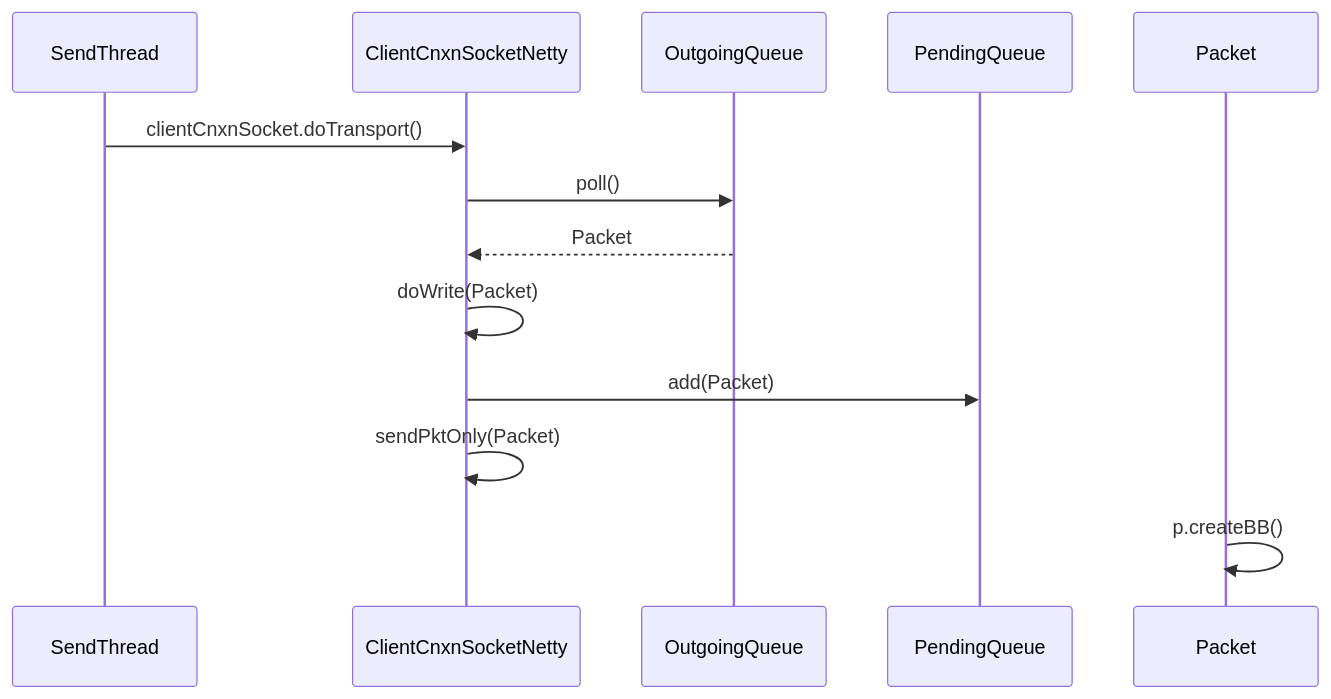
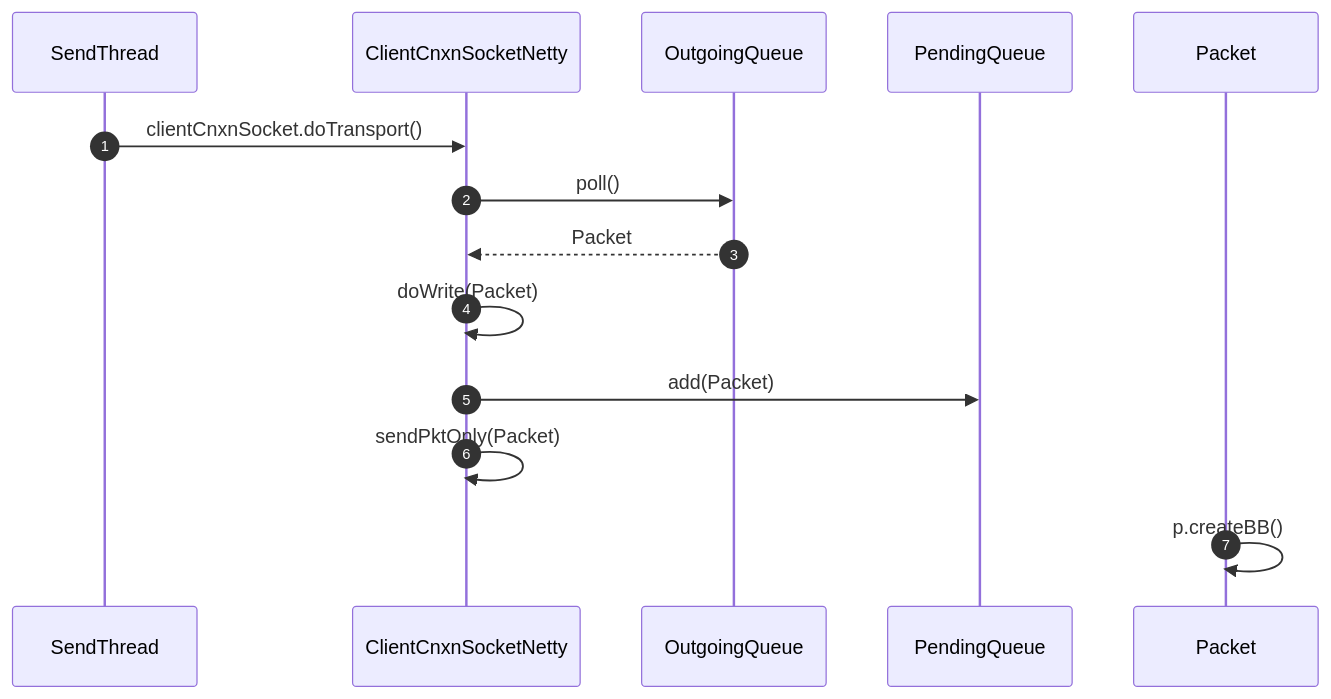
The fourth of 9 diagrams in work-2-02/分析 Zookeeper 设置数据操作(SetData) 的处理流程.md (liqi19950722/Work), drawn with Mermaid before and after one commit. The commit also changed other lines of this file, not shown here.

````diff
--- a/work-2-02/分析 Zookeeper 设置数据操作(SetData) 的处理流程.md
+++ b/work-2-02/分析 Zookeeper 设置数据操作(SetData) 的处理流程.md
@@ -134,11 +132,11 @@
 ```mermaid
 sequenceDiagram
-SendThread ->> ClientCnxnSocketNetty:  clientCnxnSocket.doTransport()
-ClientCnxnSocketNetty ->> OutgoingQueue: poll() 
-OutgoingQueue -->> ClientCnxnSocketNetty: Packet
-ClientCnxnSocketNetty ->> ClientCnxnSocketNetty: doWrite(Packet)
-ClientCnxnSocketNetty ->> PendingQueue: add(Packet)
-ClientCnxnSocketNetty ->> ClientCnxnSocketNetty: sendPktOnly(Packet)
-Packet ->> Packet :p.createBB()
-
+    autonumber
+    SendThread ->> ClientCnxnSocketNetty:  clientCnxnSocket.doTransport()
+    ClientCnxnSocketNetty ->> OutgoingQueue: poll() 
+    OutgoingQueue -->> ClientCnxnSocketNetty: Packet
+    ClientCnxnSocketNetty ->> ClientCnxnSocketNetty: doWrite(Packet)
+    ClientCnxnSocketNetty ->> PendingQueue: add(Packet)
+    ClientCnxnSocketNetty ->> ClientCnxnSocketNetty: sendPktOnly(Packet)
+    Packet ->> Packet :p.createBB()
 ```
````
